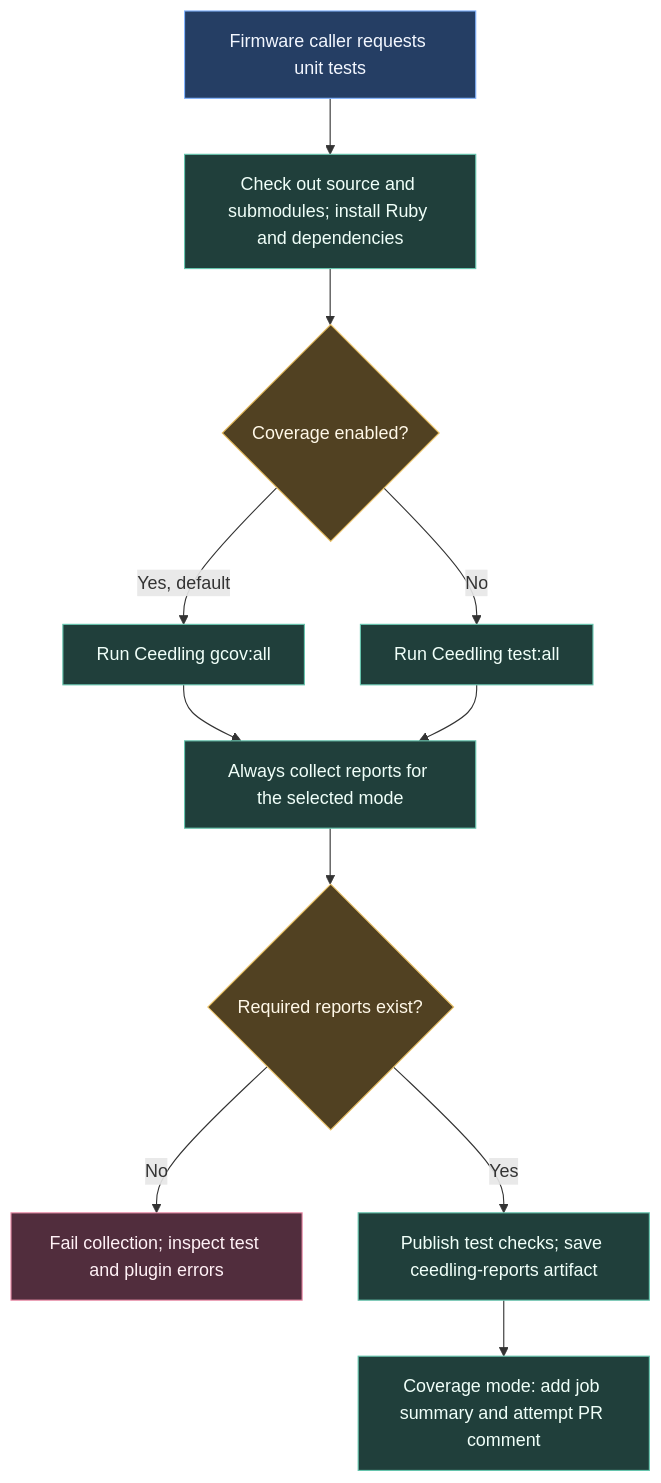
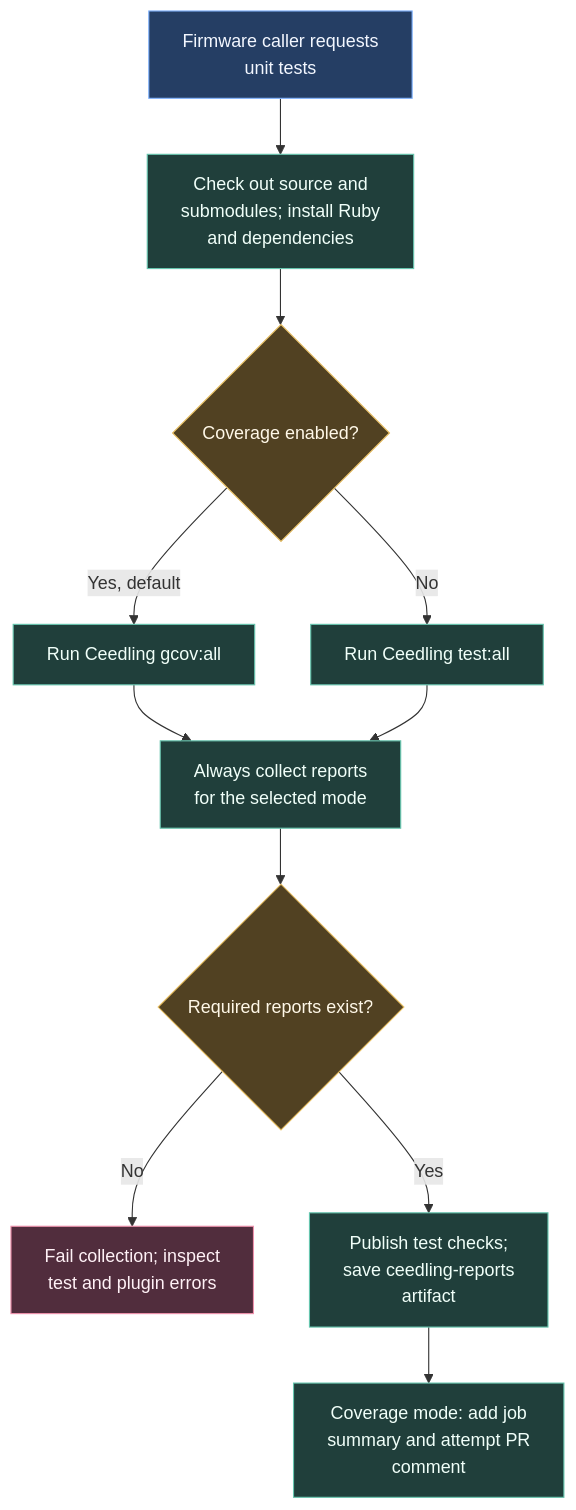
One commit to ARTTU-Software/.github changed the diagram in docs/ci/unit-tests.md. Above: the diagram before and after it, drawn with Mermaid. The commit also changed 12 other files, not shown here.

Commit message:
docs: keep diagram labels readable within their nodes

````diff
--- a/docs/ci/unit-tests.md
+++ b/docs/ci/unit-tests.md
@@ -10,21 +10,21 @@
 ```mermaid
 flowchart TB
-    CALL["Firmware caller requests unit tests"] --> ENV["Check out source and submodules; install Ruby and dependencies"]
+    CALL["Firmware caller requests<br/>unit tests"] --> ENV["Check out source and<br/>submodules; install Ruby<br/>and dependencies"]
     ENV --> MODE{"Coverage enabled?"}
     MODE -->|Yes, default| GCOV["Run Ceedling gcov:all"]
     MODE -->|No| TEST["Run Ceedling test:all"]
-    GCOV --> COLLECT["Always collect reports for the selected mode"]
+    GCOV --> COLLECT["Always collect reports<br/>for the selected mode"]
     TEST --> COLLECT
     COLLECT --> FOUND{"Required reports exist?"}
-    FOUND -->|No| FAIL["Fail collection; inspect test and plugin errors"]
-    FOUND -->|Yes| REPORT["Publish test checks; save ceedling-reports artifact"]
-    REPORT --> COV["Coverage mode: add job summary and attempt PR comment"]
+    FOUND -->|No| FAIL["Fail collection; inspect<br/>test and plugin errors"]
+    FOUND -->|Yes| REPORT["Publish test checks;<br/>save ceedling-reports<br/>artifact"]
+    REPORT --> COV["Coverage mode: add job<br/>summary and attempt PR<br/>comment"]
     classDef event fill:#253e64,stroke:#82b4ff,color:#f3f7ff
     classDef work fill:#203f3b,stroke:#66c5ae,color:#f0fff9
     classDef check fill:#514122,stroke:#e8bf63,color:#fff8e8
     classDef failure fill:#512d3d,stroke:#ef91ac,color:#fff1f6
     class CALL event
     class ENV,GCOV,TEST,COLLECT,REPORT,COV work
     class MODE,FOUND check
     class FAIL failure
 ```
````
